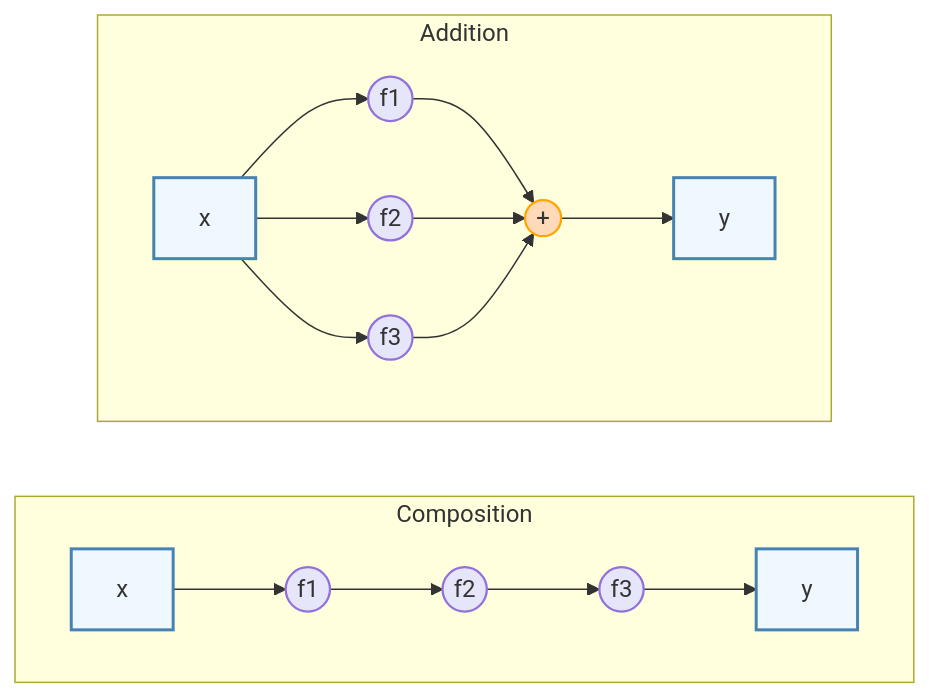
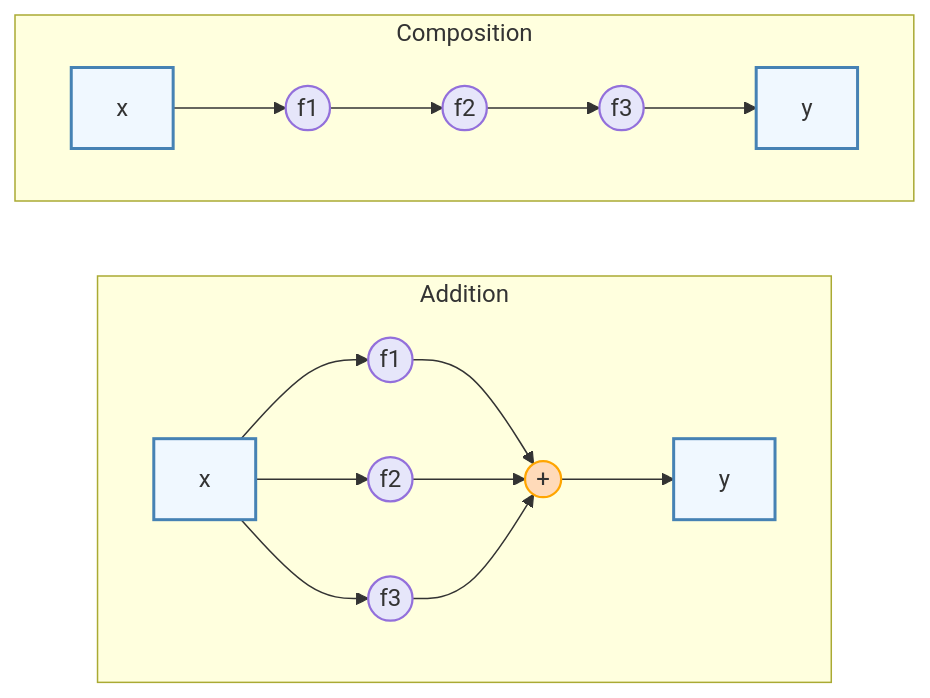
One commit to VadimSokolov/bayes_ai_deep_learning changed the diagram in fig/mermaid/11-pattern-composition-addition.mmd. Above: the diagram before and after it, drawn with Mermaid. The commit also changed 1241 other files, not shown here.

```diff
--- a/fig/mermaid/11-pattern-composition-addition.mmd
+++ b/fig/mermaid/11-pattern-composition-addition.mmd
@@ -1,31 +1,33 @@
-flowchart LR
+flowchart TB
     subgraph Composition
         direction LR
         xc[x] --> f1((f1))
         f1 --> f2((f2))
         f2 --> f3((f3))
         f3 --> yc[y]
     end
 
     subgraph Addition
         direction LR
         xa[x] --> g1((f1))
         xa --> g2((f2))
         xa --> g3((f3))
         g1 --> Sum((+))
         g2 --> Sum
         g3 --> Sum
         Sum --> ya[y]
     end
 
+    Composition ~~~ Addition
+
     style xc fill:#F0F8FF,stroke:#4682B4,stroke-width:2px
     style yc fill:#F0F8FF,stroke:#4682B4,stroke-width:2px
     style xa fill:#F0F8FF,stroke:#4682B4,stroke-width:2px
     style ya fill:#F0F8FF,stroke:#4682B4,stroke-width:2px
     style f1 fill:#E6E6FA,stroke:#9370DB,stroke-width:1.5px
     style f2 fill:#E6E6FA,stroke:#9370DB,stroke-width:1.5px
     style f3 fill:#E6E6FA,stroke:#9370DB,stroke-width:1.5px
     style g1 fill:#E6E6FA,stroke:#9370DB,stroke-width:1.5px
     style g2 fill:#E6E6FA,stroke:#9370DB,stroke-width:1.5px
     style g3 fill:#E6E6FA,stroke:#9370DB,stroke-width:1.5px
     style Sum fill:#FFDAB9,stroke:#FFA500,stroke-width:1.5px
```
